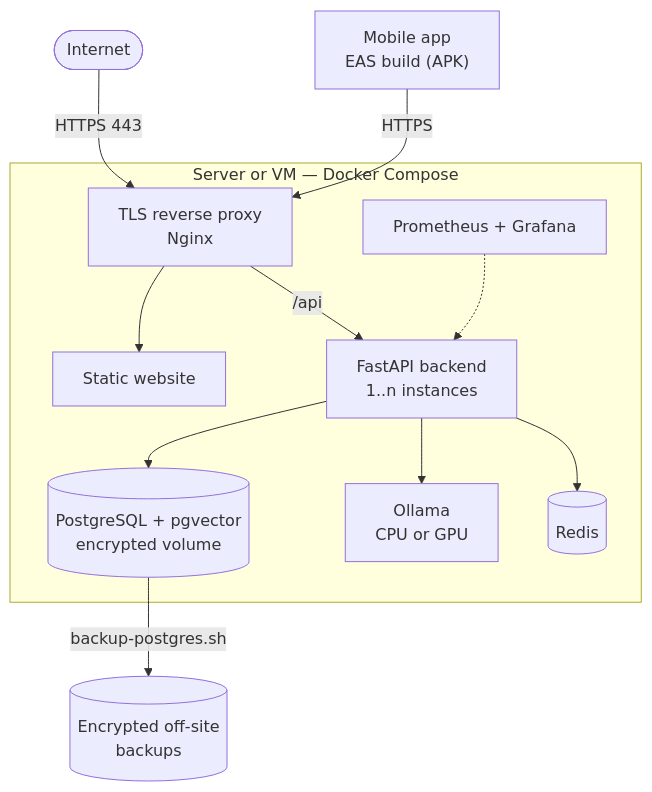
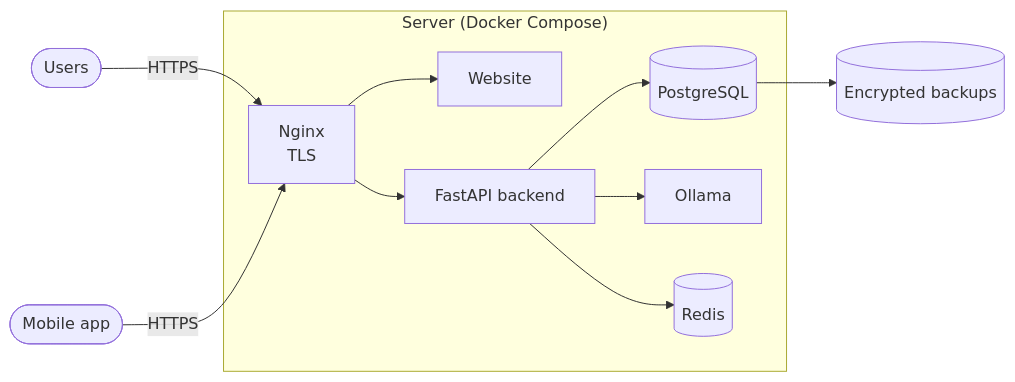
Before and after one commit to Dioumadev221/SUNUSAFEGUARD: the third of 3 diagrams in README.md, drawn with Mermaid. The commit also changed other lines of this file and 1 other file, not shown here.

````diff
--- a/README.md
+++ b/README.md
@@ -933,14 +488,13 @@
 ```mermaid
-flowchart TB
-    INTERNET(["Internet"]) -->|HTTPS 443| LB["TLS reverse proxy<br/>Nginx"]
-    subgraph SERVER["Server or VM — Docker Compose"]
-        LB --> FE["Static website"]
-        LB -->|/api| BE["FastAPI backend<br/>1..n instances"]
-        BE --> PG[("PostgreSQL + pgvector<br/>encrypted volume")]
-        BE --> OL["Ollama<br/>CPU or GPU"]
-        BE --> RD[("Redis")]
-        MON["Prometheus + Grafana"] -.-> BE
+flowchart LR
+    USERS(["Users"]) -->|HTTPS| PROXY["Nginx<br/>TLS"]
+    APP(["Mobile app"]) -->|HTTPS| PROXY
+    subgraph HOST["Server (Docker Compose)"]
+        PROXY --> WEBSITE["Website"]
+        PROXY --> BACKEND["FastAPI backend"]
+        BACKEND --> PG[("PostgreSQL")]
+        BACKEND --> LLM["Ollama"]
+        BACKEND --> CACHE[("Redis")]
     end
-    PG -->|backup-postgres.sh| BK[("Encrypted off-site<br/>backups")]
-    APP["Mobile app<br/>EAS build (APK)"] -->|HTTPS| LB
+    PG --> BACKUP[("Encrypted backups")]
 ```
````
